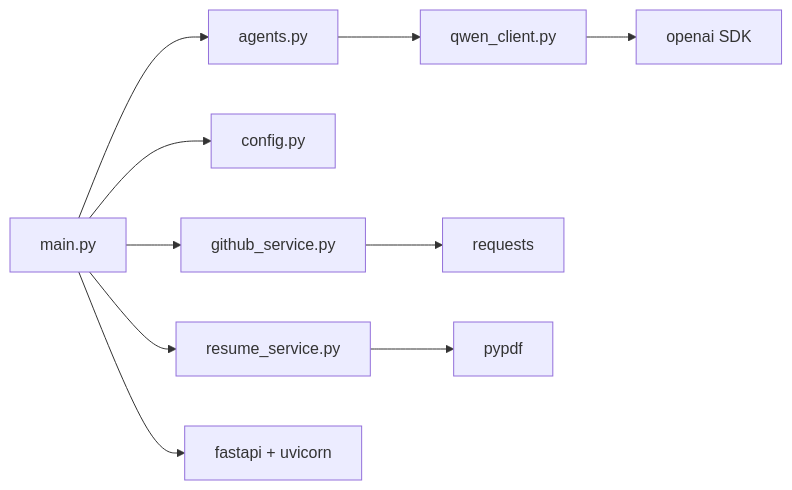
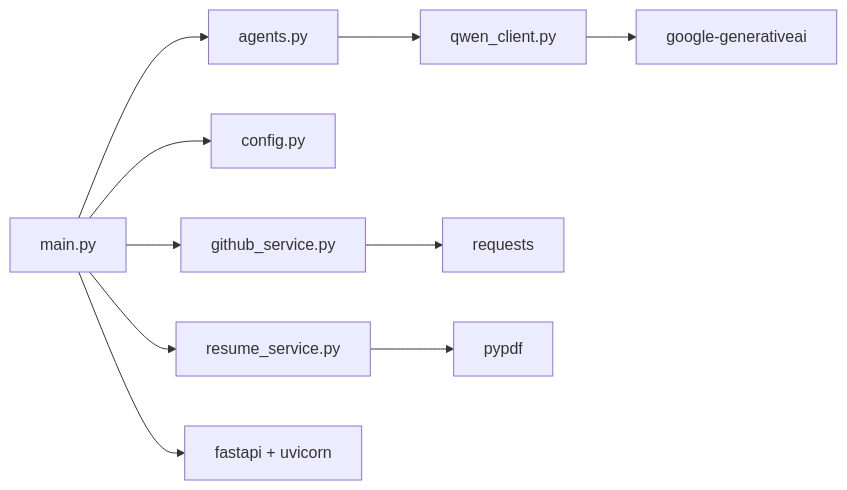
Before and after one commit to waqarimran342/CareerOS-AI: the seventh of 7 diagrams in .qoder/repowiki/en/content/Project Overview.md, drawn with Mermaid. The commit also changed other lines of this file and 32 other files, not shown here.

````diff
--- a/.qoder/repowiki/en/content/Project Overview.md
+++ b/.qoder/repowiki/en/content/Project Overview.md
@@ -274,12 +311,12 @@
 ```mermaid
 graph LR
 Main["main.py"] --> Agents["agents.py"]
 Main --> Config["config.py"]
 Main --> GitHubSvc["github_service.py"]
 Main --> ResumeSvc["resume_service.py"]
-Agents --> Qwen["qwen_client.py"]
-Qwen --> OpenAI["openai SDK"]
+Agents --> GeminiClient["qwen_client.py"]
+GeminiClient --> GoogleSDK["google-generativeai"]
 GitHubSvc --> Requests["requests"]
 ResumeSvc --> PyPDF["pypdf"]
 Main --> FastAPI["fastapi + uvicorn"]
 ```
````
